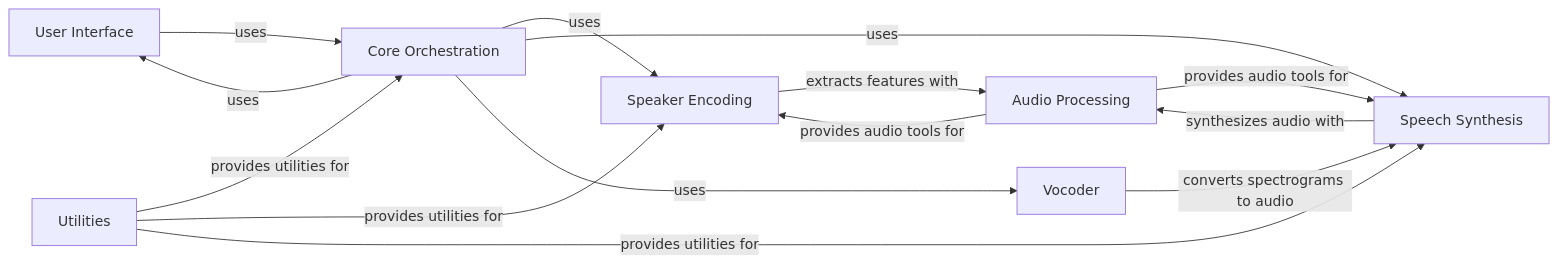
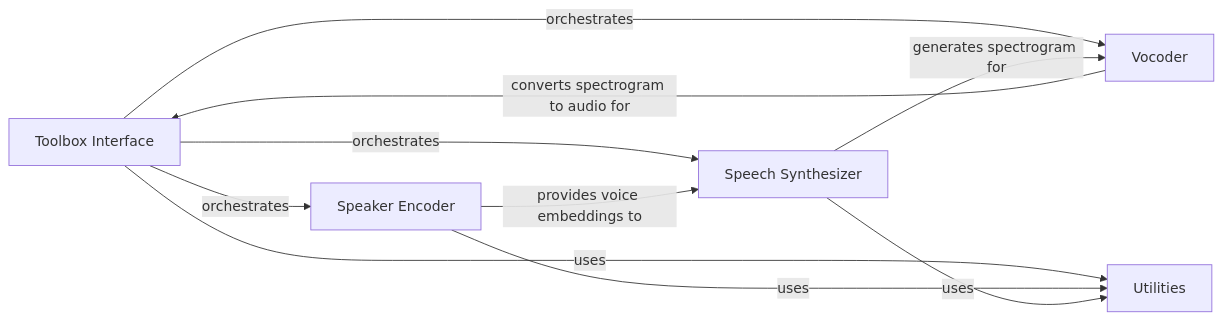
The diagram in Real-Time-Voice-Cloning/on_boarding.md (CodeBoarding/GeneratedOnBoardings), drawn with Mermaid before and after one commit. The commit also changed other lines of this file and 10 other files, not shown here.

Commit message:
Uploading onboarding materials for Real-Time-Voice-Cloning

````diff
--- a/Real-Time-Voice-Cloning/on_boarding.md
+++ b/Real-Time-Voice-Cloning/on_boarding.md
@@ -1,30 +1,22 @@
 ```mermaid
 graph LR
-    User_Interface["User Interface"]
-    Core_Orchestration["Core Orchestration"]
-    Speaker_Encoding["Speaker Encoding"]
-    Speech_Synthesis["Speech Synthesis"]
+    Toolbox_Interface["Toolbox Interface"]
+    Speaker_Encoder["Speaker Encoder"]
+    Speech_Synthesizer["Speech Synthesizer"]
     Vocoder["Vocoder"]
-    Audio_Processing["Audio Processing"]
     Utilities["Utilities"]
-    User_Interface -- "uses" --> Core_Orchestration
-    Core_Orchestration -- "uses" --> User_Interface
-    Core_Orchestration -- "uses" --> Speaker_Encoding
-    Core_Orchestration -- "uses" --> Speech_Synthesis
-    Core_Orchestration -- "uses" --> Vocoder
-    Speaker_Encoding -- "extracts features with" --> Audio_Processing
-    Speech_Synthesis -- "synthesizes audio with" --> Audio_Processing
-    Audio_Processing -- "provides audio tools for" --> Speech_Synthesis
-    Audio_Processing -- "provides audio tools for" --> Speaker_Encoding
-    Utilities -- "provides utilities for" --> Core_Orchestration
-    Utilities -- "provides utilities for" --> Speaker_Encoding
-    Utilities -- "provides utilities for" --> Speech_Synthesis
-    Vocoder -- "converts spectrograms to audio" --> Speech_Synthesis
-    click User_Interface href "https://github.com/CodeBoarding/GeneratedOnBoardings/blob/main/Real-Time-Voice-Cloning/User Interface.md" "Details"
-    click Core_Orchestration href "https://github.com/CodeBoarding/GeneratedOnBoardings/blob/main/Real-Time-Voice-Cloning/Core Orchestration.md" "Details"
-    click Speaker_Encoding href "https://github.com/CodeBoarding/GeneratedOnBoardings/blob/main/Real-Time-Voice-Cloning/Speaker Encoding.md" "Details"
-    click Speech_Synthesis href "https://github.com/CodeBoarding/GeneratedOnBoardings/blob/main/Real-Time-Voice-Cloning/Speech Synthesis.md" "Details"
+    Toolbox_Interface -- "orchestrates" --> Speaker_Encoder
+    Toolbox_Interface -- "orchestrates" --> Speech_Synthesizer
+    Toolbox_Interface -- "orchestrates" --> Vocoder
+    Speaker_Encoder -- "provides voice embeddings to" --> Speech_Synthesizer
+    Speech_Synthesizer -- "generates spectrogram for" --> Vocoder
+    Vocoder -- "converts spectrogram to audio for" --> Toolbox_Interface
+    Toolbox_Interface -- "uses" --> Utilities
+    Speaker_Encoder -- "uses" --> Utilities
+    Speech_Synthesizer -- "uses" --> Utilities
+    click Toolbox_Interface href "https://github.com/CodeBoarding/GeneratedOnBoardings/blob/main/Real-Time-Voice-Cloning/Toolbox Interface.md" "Details"
+    click Speaker_Encoder href "https://github.com/CodeBoarding/GeneratedOnBoardings/blob/main/Real-Time-Voice-Cloning/Speaker Encoder.md" "Details"
+    click Speech_Synthesizer href "https://github.com/CodeBoarding/GeneratedOnBoardings/blob/main/Real-Time-Voice-Cloning/Speech Synthesizer.md" "Details"
     click Vocoder href "https://github.com/CodeBoarding/GeneratedOnBoardings/blob/main/Real-Time-Voice-Cloning/Vocoder.md" "Details"
-    click Audio_Processing href "https://github.com/CodeBoarding/GeneratedOnBoardings/blob/main/Real-Time-Voice-Cloning/Audio Processing.md" "Details"
     click Utilities href "https://github.com/CodeBoarding/GeneratedOnBoardings/blob/main/Real-Time-Voice-Cloning/Utilities.md" "Details"
 ```
````
